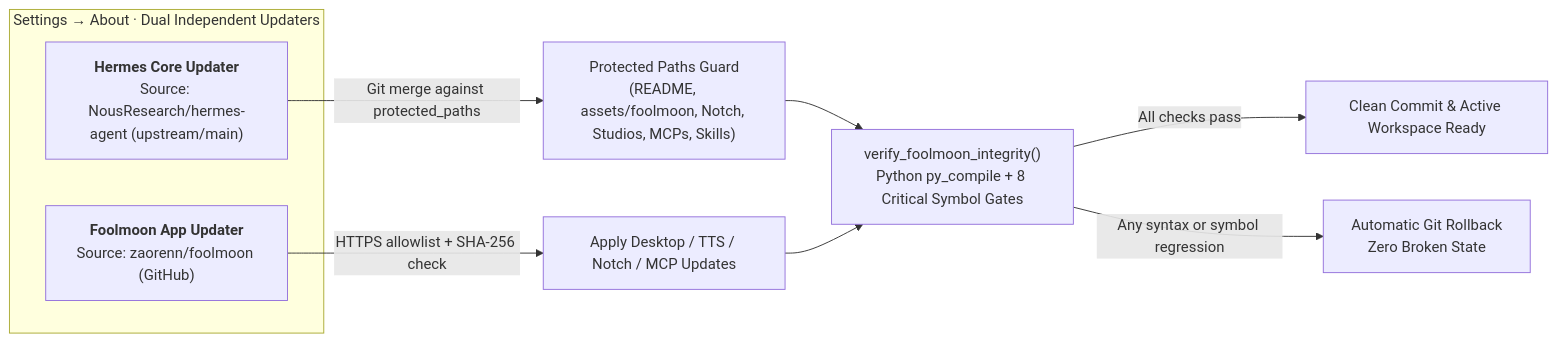
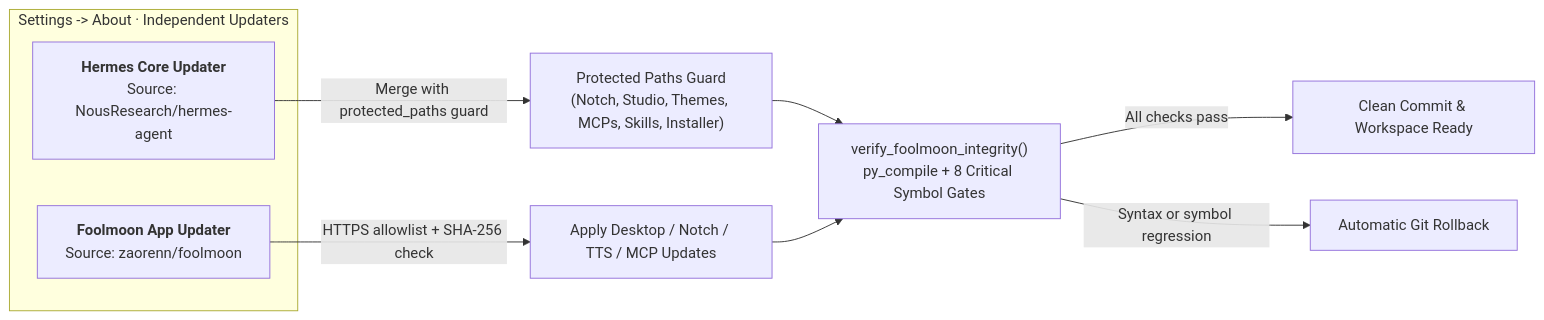
One commit to zaorenn/foolmoon changed the diagram in README.md. Above: the diagram before and after it, drawn with Mermaid. The commit also changed other lines of this file and 51 other files, not shown here.

Commit message:
feat: redesign matte notch, add portable .foolmoon theme sharing, and clean up trademarks

````diff
--- a/README.md
+++ b/README.md
@@ -178,16 +194,16 @@
 ```mermaid
 flowchart LR
-    subgraph Dual["Settings → About · Dual Independent Updaters"]
-        APP["<b>Foolmoon App Updater</b><br/>Source: zaorenn/foolmoon (GitHub)"]
-        CORE["<b>Hermes Core Updater</b><br/>Source: NousResearch/hermes-agent (upstream/main)"]
+    subgraph Dual["Settings -> About · Independent Updaters"]
+        APP["<b>Foolmoon App Updater</b><br/>Source: zaorenn/foolmoon"]
+        CORE["<b>Hermes Core Updater</b><br/>Source: NousResearch/hermes-agent"]
     end
 
-    APP -->|"HTTPS allowlist + SHA-256 check"| STAGE["Apply Desktop / TTS / Notch / MCP Updates"]
-    CORE -->|"Git merge against protected_paths"| GUARD["Protected Paths Guard<br/>(README, assets/foolmoon, Notch, Studios, MCPs, Skills)"]
+    APP -->|"HTTPS allowlist + SHA-256 check"| STAGE["Apply Desktop / Notch / TTS / MCP Updates"]
+    CORE -->|"Merge with protected_paths guard"| GUARD["Protected Paths Guard<br/>(Notch, Studio, Themes, MCPs, Skills, Installer)"]
 
-    GUARD --> CHECK["verify_foolmoon_integrity()<br/>Python py_compile + 8 Critical Symbol Gates"]
+    GUARD --> CHECK["verify_foolmoon_integrity()<br/>py_compile + 8 Critical Symbol Gates"]
     STAGE --> CHECK
 
-    CHECK -->|"All checks pass"| OK["Clean Commit &amp; Active Workspace Ready"]
-    CHECK -->|"Any syntax or symbol regression"| ROLL["Automatic Git Rollback<br/>Zero Broken State"]
+    CHECK -->|"All checks pass"| OK["Clean Commit &amp; Workspace Ready"]
+    CHECK -->|"Syntax or symbol regression"| ROLL["Automatic Git Rollback"]
 ```
````
